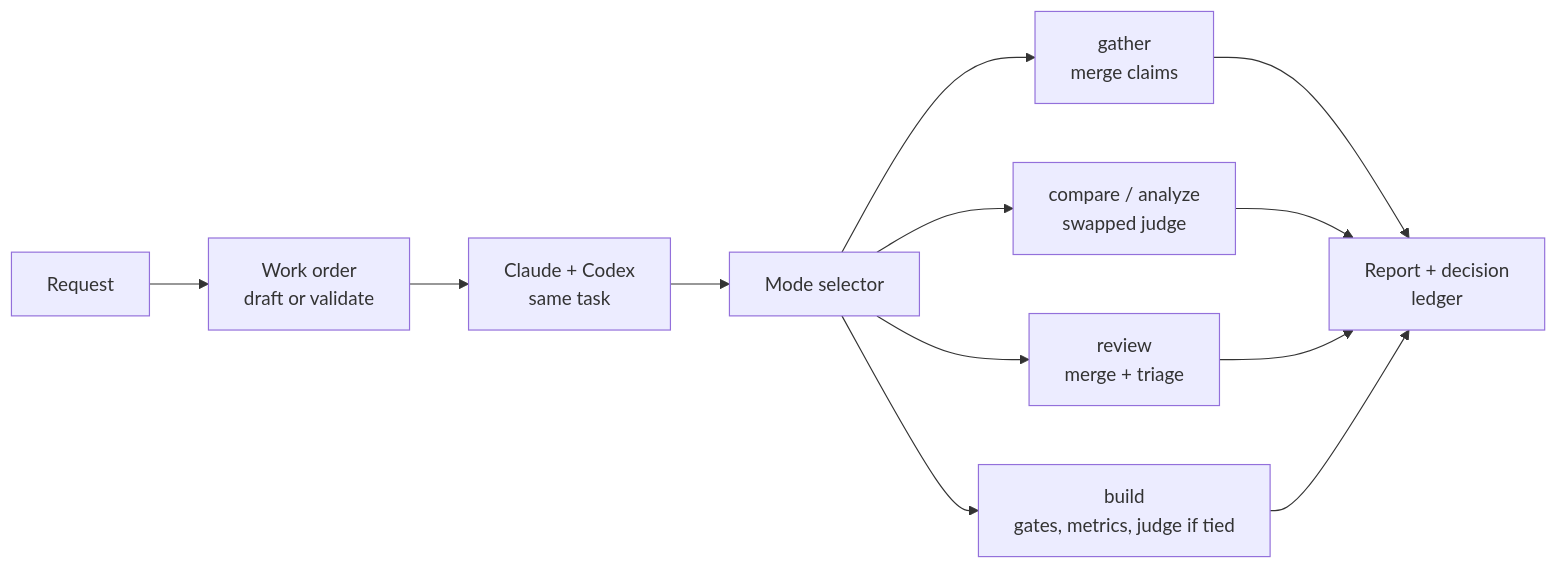
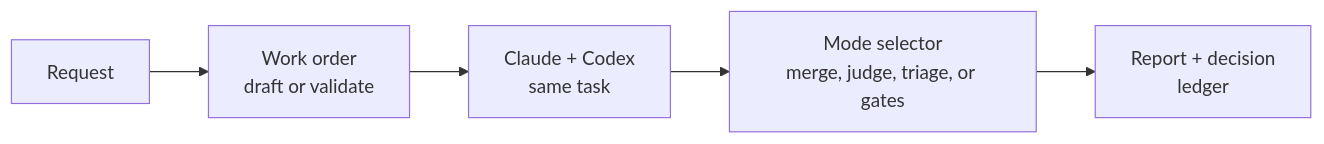
The second of 3 diagrams in bakeoff/README.md (mstefanko/claude-plugins), drawn with Mermaid before and after one commit. The commit also changed other lines of this file and 5 other files, not shown here.

````diff
--- a/bakeoff/README.md
+++ b/bakeoff/README.md
@@ -32,14 +26,7 @@
 ```mermaid
 flowchart LR
     REQ[Request] --> WO[Work order<br/>draft or validate]
     WO --> RUN[Claude + Codex<br/>same task]
-    RUN --> SELECT[Mode selector]
-    SELECT --> GATHER[gather<br/>merge claims]
-    SELECT --> JUDGE[compare / analyze<br/>swapped judge]
-    SELECT --> REVIEW[review<br/>merge + triage]
-    SELECT --> BUILD[build<br/>gates, metrics, judge if tied]
-    GATHER --> OUT[Report + decision<br/>ledger]
-    JUDGE --> OUT
-    REVIEW --> OUT
-    BUILD --> OUT
+    RUN --> SELECT[Mode selector<br/>merge, judge, triage, or gates]
+    SELECT --> OUT[Report + decision<br/>ledger]
 ```
````
